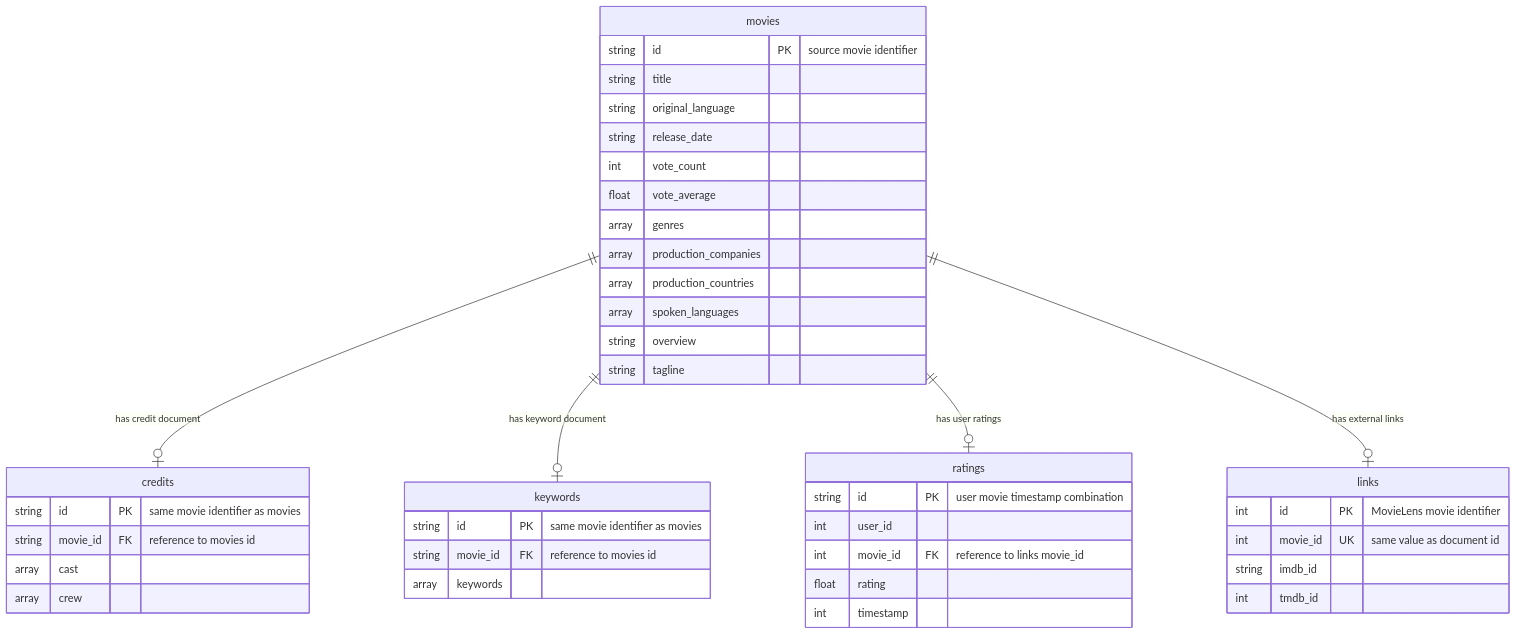
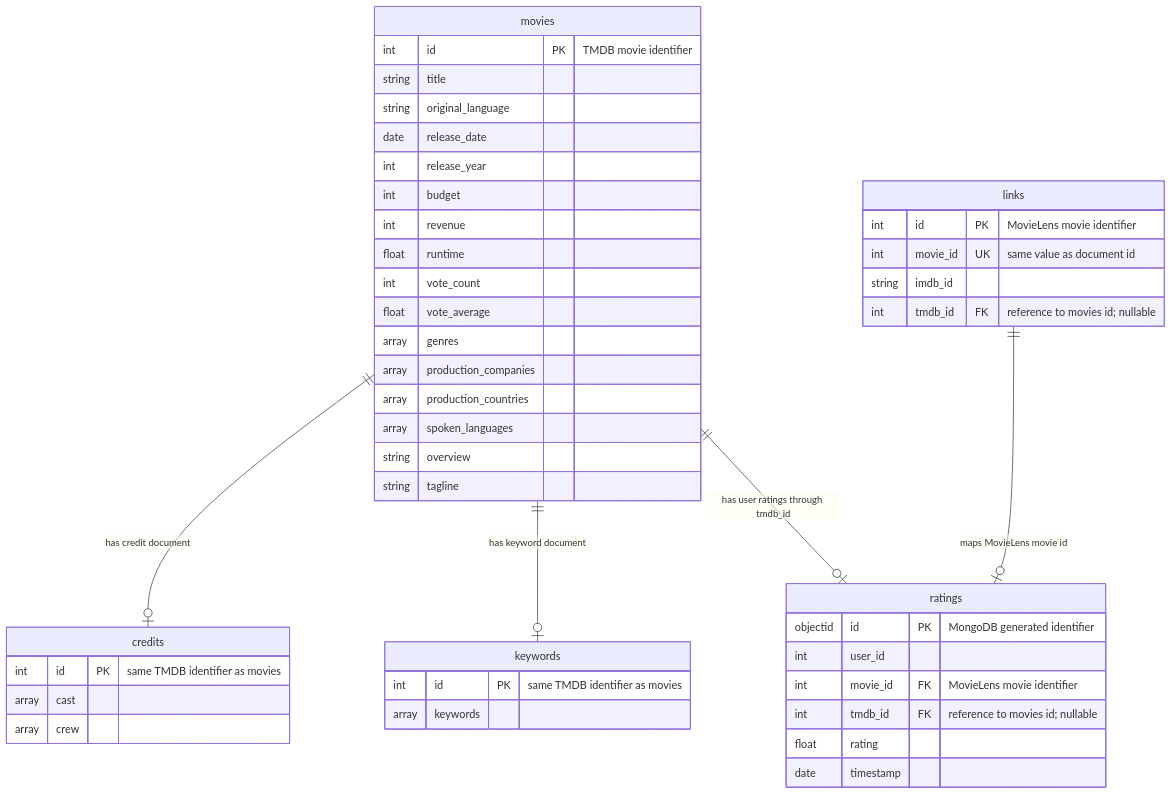
Before and after one commit to SigveFK/TDT4225-Exercise3: the diagram in database_model.md, drawn with Mermaid. The commit also changed 2 other files, not shown here.

Commit message:
Fixes and updates

````diff
--- a/database_model.md
+++ b/database_model.md
@@ -3,45 +3,48 @@
 ```mermaid
 erDiagram
     movies ||--o| credits : "has credit document"
     movies ||--o| keywords : "has keyword document"
-    movies ||--o| ratings : "has user ratings"
-    movies ||--o| links : "has external links"
+    movies ||--o| ratings : "has user ratings through tmdb_id"
+    links ||--o| ratings : "maps MovieLens movie id"
     movies {
-        string id PK "source movie identifier"
+        int id PK "TMDB movie identifier"
         string title
         string original_language
-        string release_date
+        date release_date
+        int release_year
+        int budget
+        int revenue
+        float runtime
         int vote_count
         float vote_average
         array genres
         array production_companies
         array production_countries
         array spoken_languages
         string overview
         string tagline
     }
     credits {
-        string id PK "same movie identifier as movies"
-        string movie_id FK "reference to movies id"
+        int id PK "same TMDB identifier as movies"
         array cast
         array crew
     }
     keywords {
-        string id PK "same movie identifier as movies"
-        string movie_id FK "reference to movies id"
+        int id PK "same TMDB identifier as movies"
         array keywords
     }
     ratings {
-        string id PK "user movie timestamp combination"
+        objectid id PK "MongoDB generated identifier"
         int user_id
-        int movie_id FK "reference to links movie_id"
+        int movie_id FK "MovieLens movie identifier"
+        int tmdb_id FK "reference to movies id; nullable"
         float rating
-        int timestamp
+        date timestamp
     }
     links {
         int id PK "MovieLens movie identifier"
         int movie_id UK "same value as document id"
         string imdb_id
-        int tmdb_id
+        int tmdb_id FK "reference to movies id; nullable"
     }
 ```
````
